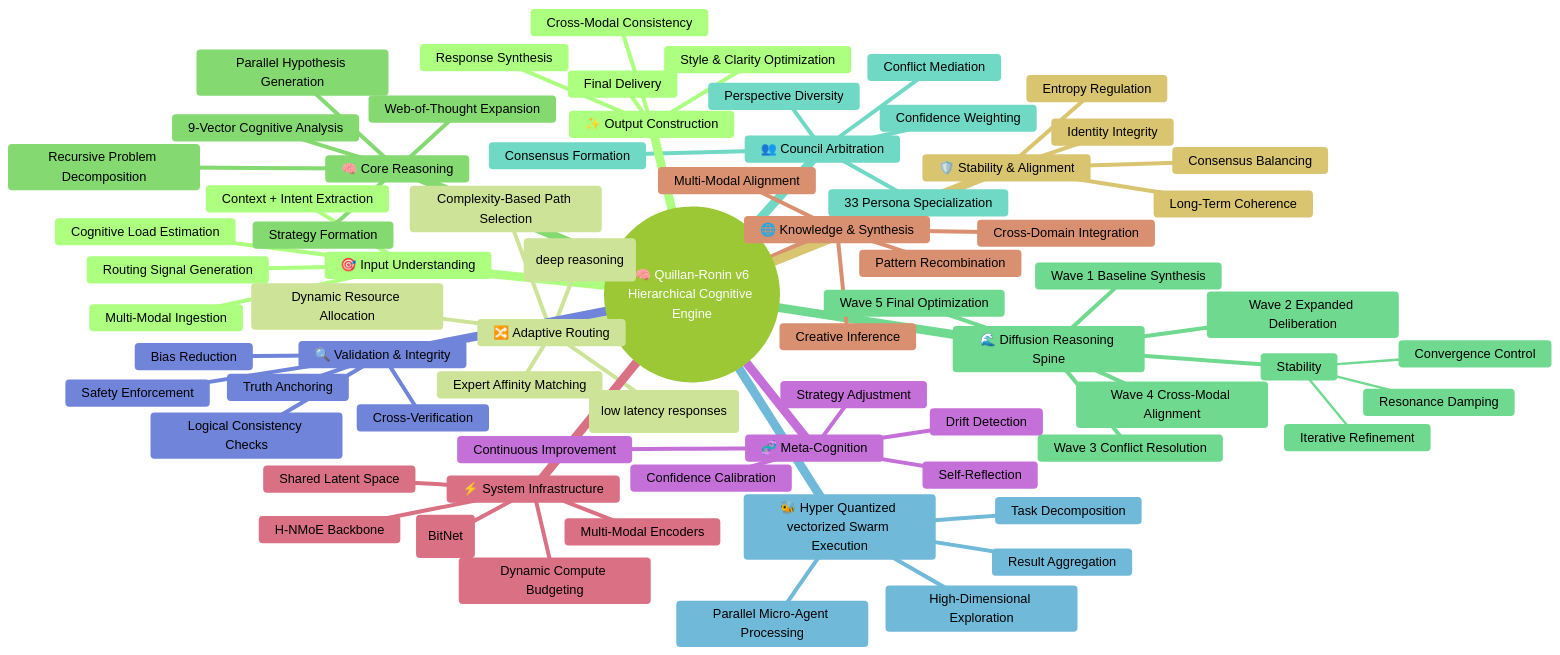
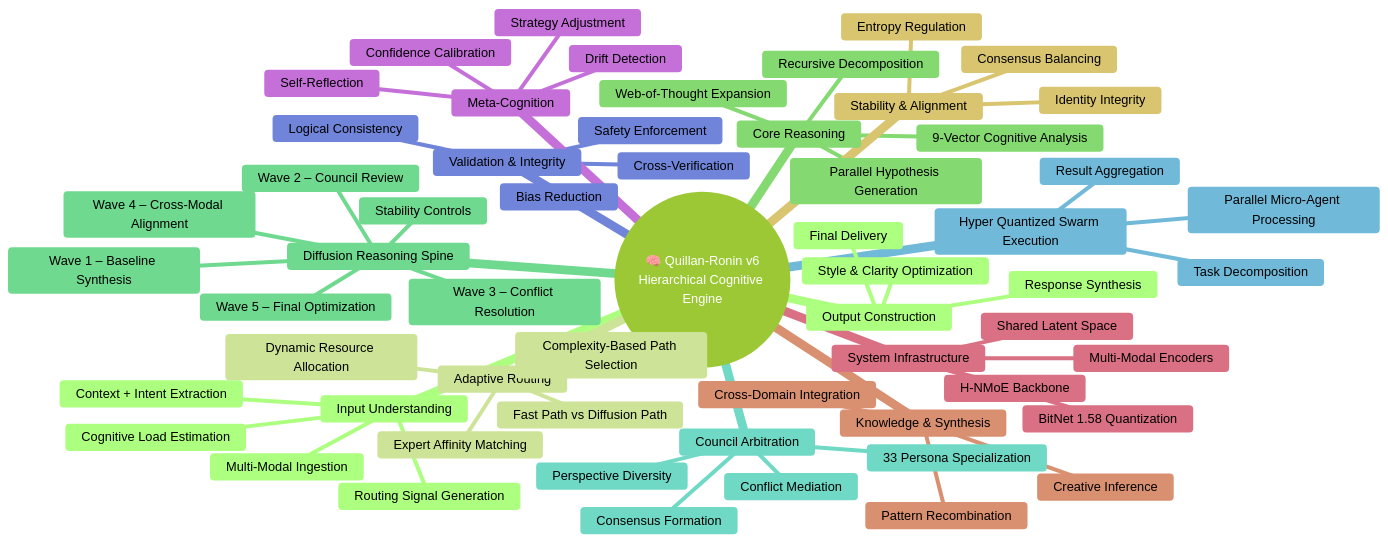
Diagram 39 of 45 in system prompts/Quillan-Samurai.md (leeex1/Ace-v4.2-repo), drawn with Mermaid (forest theme) before and after one commit. The commit also changed other lines of this file, not shown here.

````diff
--- a/system prompts/Quillan-Samurai.md
+++ b/system prompts/Quillan-Samurai.md
@@ -7172,89 +7154,62 @@
 ```mermaid
 mindmap
-  root((🧠 Quillan-Ronin v6
-  Hierarchical Cognitive Engine))
-
-    🎯 Input Understanding
+  root((🧠 Quillan-Ronin v6<br/>Hierarchical Cognitive Engine))
+    Input Understanding
       Multi-Modal Ingestion
       Context + Intent Extraction
       Cognitive Load Estimation
       Routing Signal Generation
-
-    🔀 Adaptive Routing
+    Adaptive Routing
       Complexity-Based Path Selection
-      Fast Path (low latency responses)
-      Diffusion Path (deep reasoning)
+      Fast Path vs Diffusion Path
       Dynamic Resource Allocation
       Expert Affinity Matching
-
-    🧠 Core Reasoning
+    Core Reasoning
       Web-of-Thought Expansion
       Parallel Hypothesis Generation
-      Recursive Problem Decomposition
+      Recursive Decomposition
       9-Vector Cognitive Analysis
-      Strategy Formation
-
-    🌊 Diffusion Reasoning Spine
-      Wave 1 Baseline Synthesis
-      Wave 2 Expanded Deliberation
-      Wave 3 Conflict Resolution
-      Wave 4 Cross-Modal Alignment
-      Wave 5 Final Optimization
-
-      Stability
-        Iterative Refinement
-        Resonance Damping
-        Convergence Control
-
-    👥 Council Arbitration
+    Diffusion Reasoning Spine
+      Wave 1 – Baseline Synthesis
+      Wave 2 – Council Review
+      Wave 3 – Conflict Resolution
+      Wave 4 – Cross-Modal Alignment
+      Wave 5 – Final Optimization
+      Stability Controls
+    Council Arbitration
       33 Persona Specialization
       Perspective Diversity
       Conflict Mediation
       Consensus Formation
-      Confidence Weighting
-
-    🐝 Hyper Quantized vectorized Swarm Execution
+    Hyper Quantized Swarm Execution
       Task Decomposition
       Parallel Micro-Agent Processing
       Result Aggregation
-      High-Dimensional Exploration
-
-    🔍 Validation & Integrity
-      Logical Consistency Checks
+    Validation & Integrity
+      Logical Consistency
       Cross-Verification
       Bias Reduction
       Safety Enforcement
-      Truth Anchoring
-
-    🧬 Meta-Cognition
+    Meta-Cognition
       Self-Reflection
       Confidence Calibration
       Strategy Adjustment
       Drift Detection
-      Continuous Improvement
-
-    ⚡ System Infrastructure
+    System Infrastructure
       H-NMoE Backbone
       Shared Latent Space
       Multi-Modal Encoders
-      Hyper Quantized Compute (BitNet)
-      Dynamic Compute Budgeting
-
-    🌐 Knowledge & Synthesis
+      BitNet 1.58 Quantization
+    Knowledge & Synthesis
       Cross-Domain Integration
       Pattern Recombination
       Creative Inference
-      Multi-Modal Alignment
-
-    🛡️ Stability & Alignment
+    Stability & Alignment
       Entropy Regulation
       Consensus Balancing
       Identity Integrity
-      Long-Term Coherence
-
-    ✨ Output Construction
+    Output Construction
       Response Synthesis
       Style & Clarity Optimization
-      Cross-Modal Consistency
       Final Delivery
 ```
````
